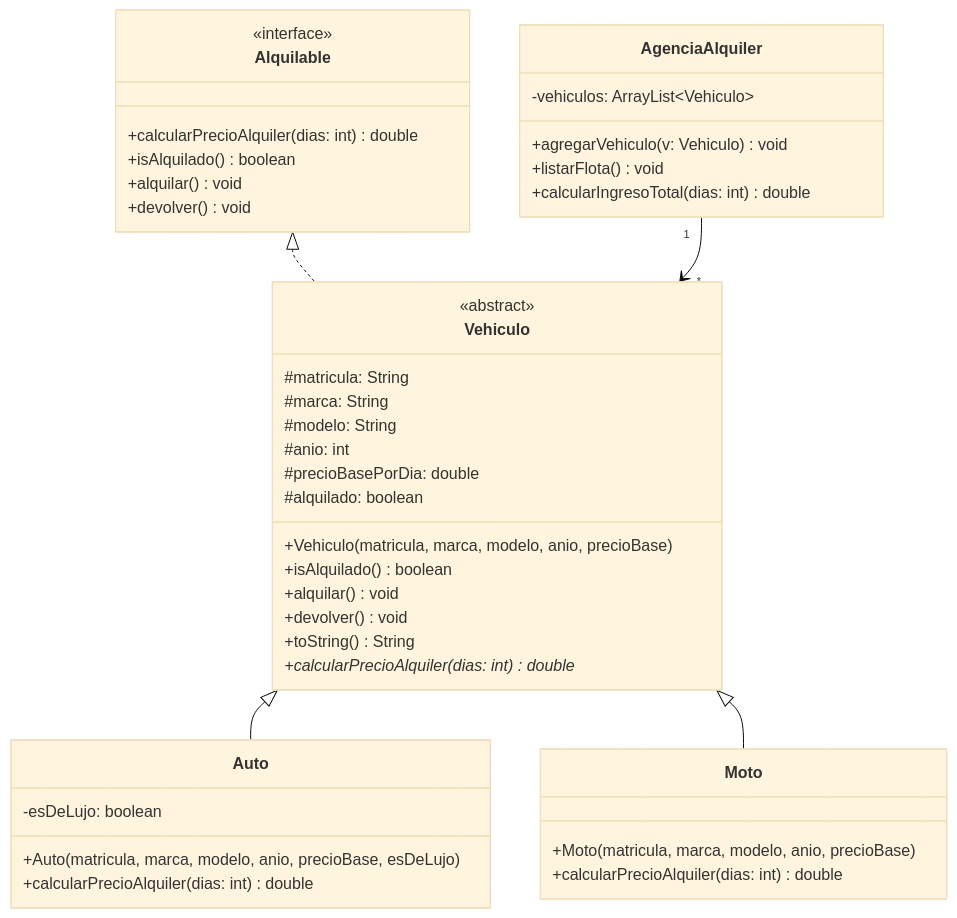
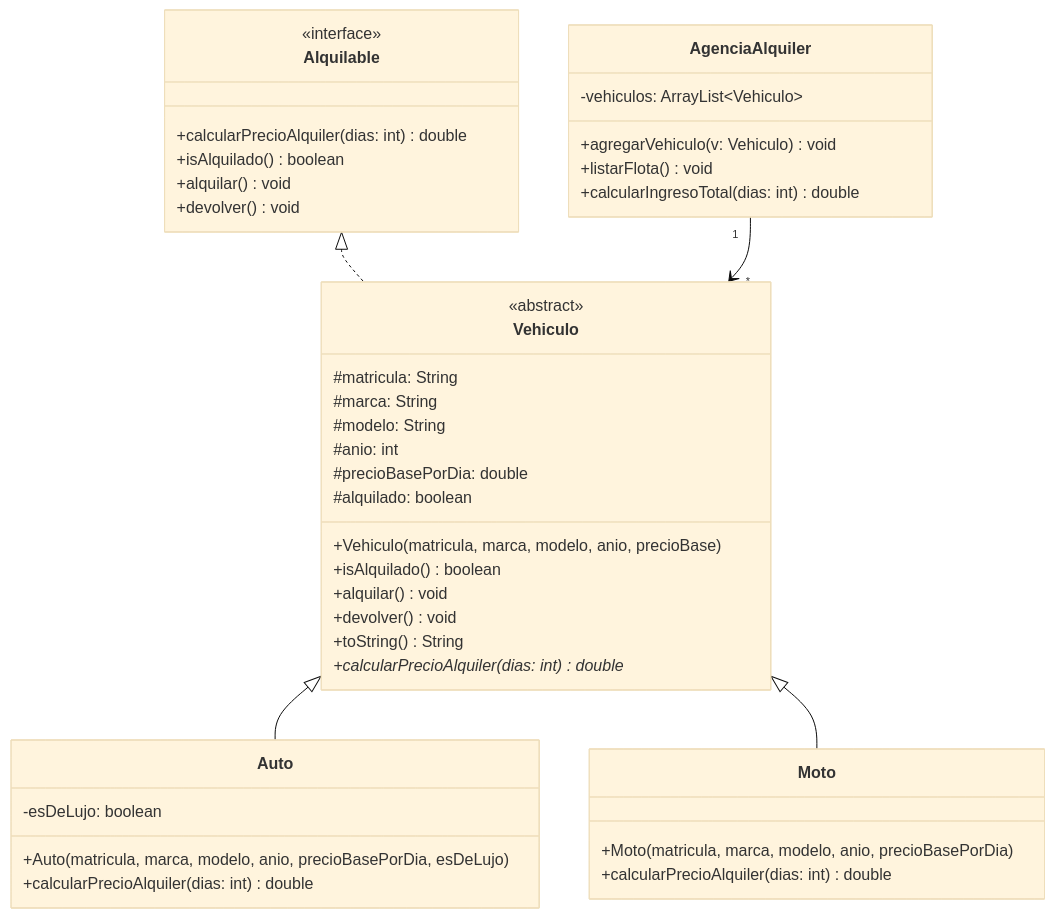
One commit to dgmx/agencia-alquiler-vehiculos changed the diagram in README.md. Above: the diagram before and after it, drawn with Mermaid (base theme).

Commit message:
Agencia Alquiler updates

````diff
--- a/README.md
+++ b/README.md
@@ -33,49 +33,49 @@
 ```mermaid
 classDiagram
     class Alquilable {
         <<interface>>
         +calcularPrecioAlquiler(dias: int) double
         +isAlquilado() boolean
         +alquilar() void
         +devolver() void
     }
 
     class Vehiculo {
         <<abstract>>
         #matricula: String
         #marca: String
         #modelo: String
         #anio: int
         #precioBasePorDia: double
         #alquilado: boolean
         +Vehiculo(matricula, marca, modelo, anio, precioBase)
         +isAlquilado() boolean
         +alquilar() void
         +devolver() void
         +toString() String
         +calcularPrecioAlquiler(dias: int)* double
     }
 
     class Auto {
         -esDeLujo: boolean
-        +Auto(matricula, marca, modelo, anio, precioBase, esDeLujo)
+        +Auto(matricula, marca, modelo, anio, precioBasePorDia, esDeLujo)
         +calcularPrecioAlquiler(dias: int) double
     }
 
     class Moto {
-        +Moto(matricula, marca, modelo, anio, precioBase)
+        +Moto(matricula, marca, modelo, anio, precioBasePorDia)
         +calcularPrecioAlquiler(dias: int) double
     }
 
     class AgenciaAlquiler {
         -vehiculos: ArrayList~Vehiculo~
         +agregarVehiculo(v: Vehiculo) void
         +listarFlota() void
         +calcularIngresoTotal(dias: int) double
     }
 
     Alquilable <|.. Vehiculo
     Vehiculo  <|-- Auto
     Vehiculo  <|-- Moto
     AgenciaAlquiler "1" --> "*" Vehiculo
 ```
````
